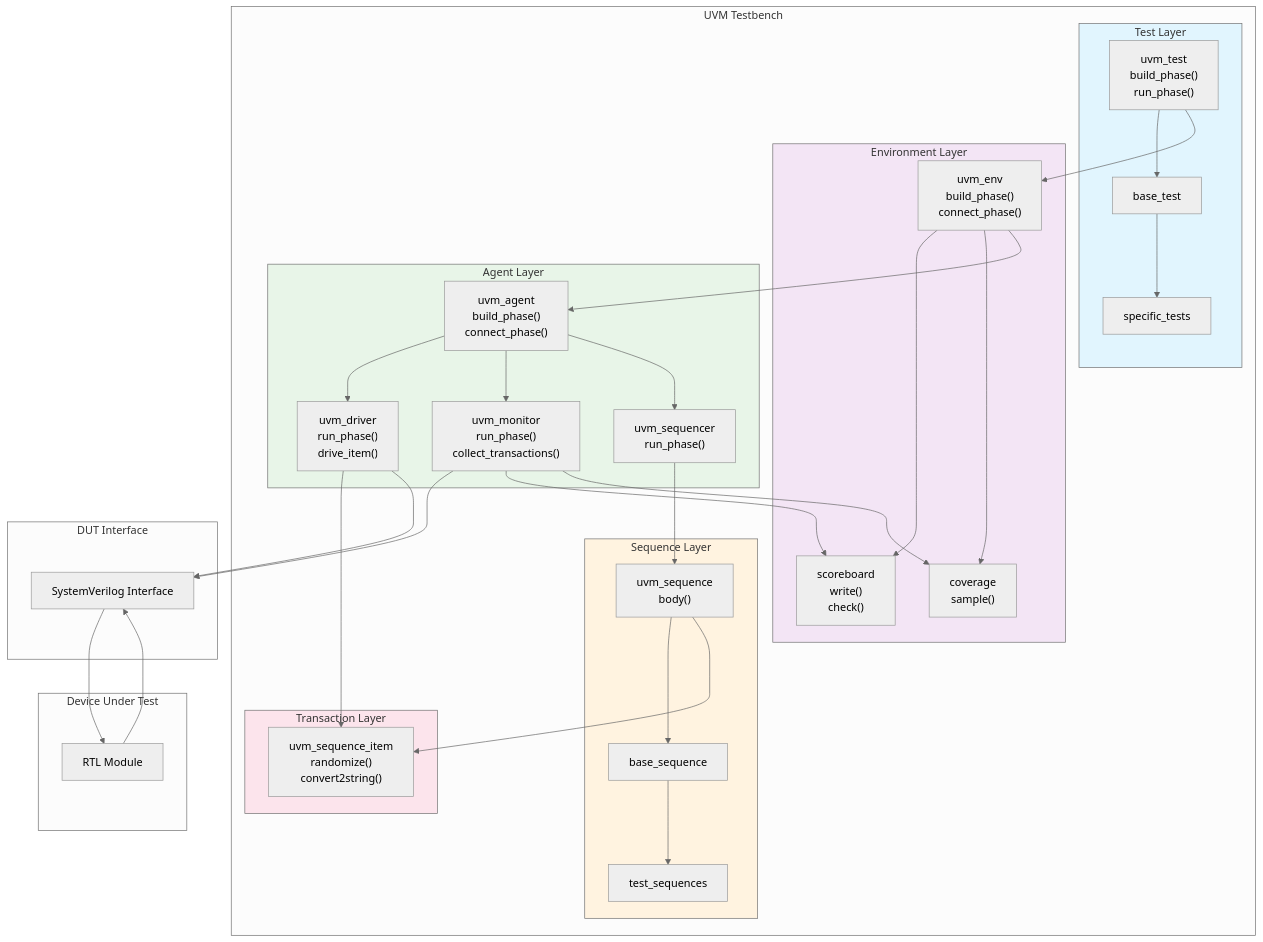
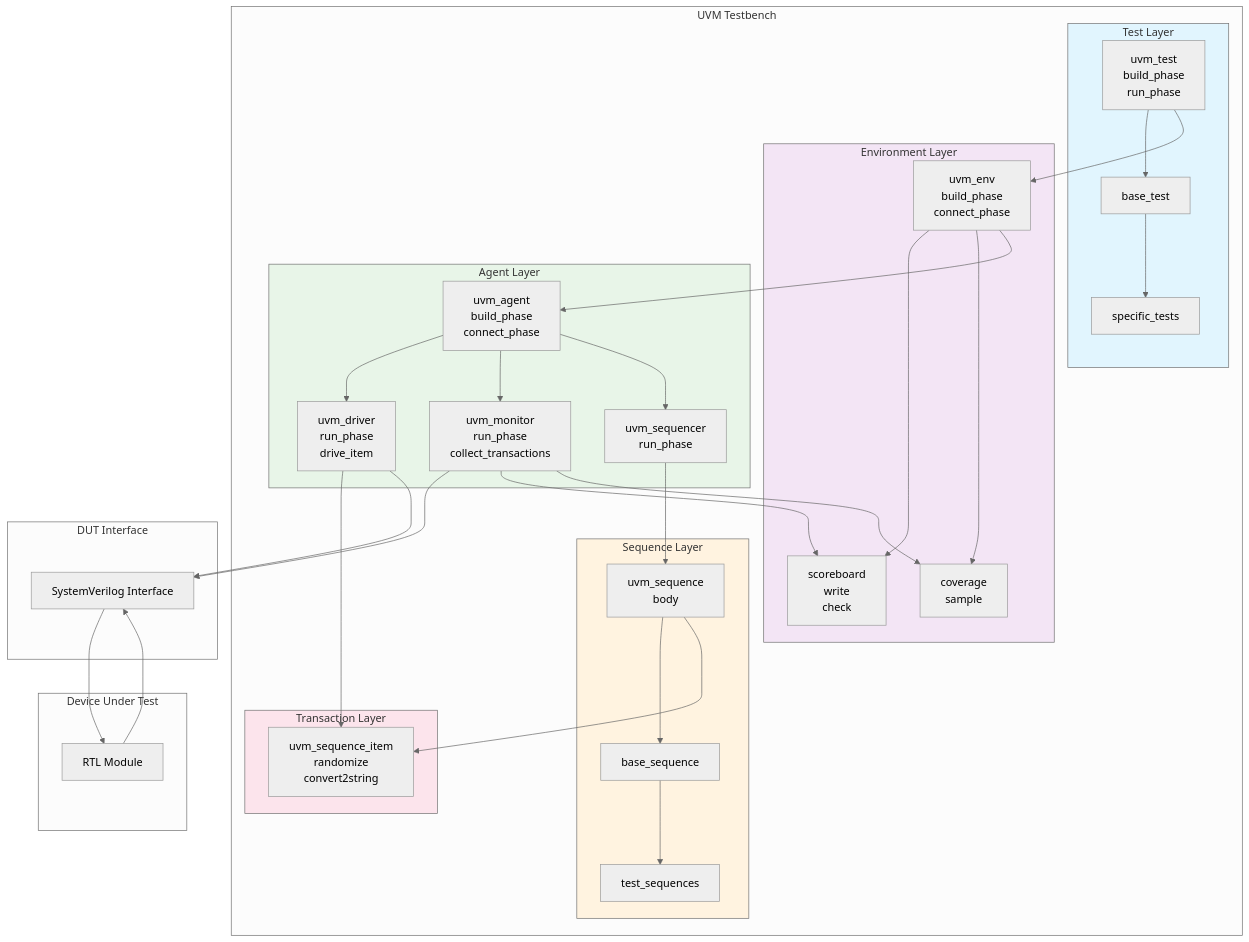
The fourth of 22 diagrams in docs/uvm_hands_on_guide_mermaid_en.md (MameMame777/UVMbasegen), drawn with Mermaid (neutral theme) before and after one commit. The commit also changed other lines of this file and 2 other files, not shown here.

Commit message:
Fix Mermaid syntax issues in UVM hands-on guides for improved clarity and compatibility

````diff
--- a/docs/uvm_hands_on_guide_mermaid_en.md
+++ b/docs/uvm_hands_on_guide_mermaid_en.md
@@ -98,68 +98,68 @@
 ```mermaid
 graph TB
     subgraph TB["UVM Testbench"]
         subgraph TestLayer["Test Layer"]
-            Test["uvm_test<br/>build_phase()<br/>run_phase()"]
+            Test["uvm_test<br/>build_phase<br/>run_phase"]
             BaseTest[base_test]
             SpecTests[specific_tests]
             Test --> BaseTest
             BaseTest --> SpecTests
         end
         
         subgraph EnvLayer["Environment Layer"]
-            Env["uvm_env<br/>build_phase()<br/>connect_phase()"]
-            SB["scoreboard<br/>write()<br/>check()"]
-            Cov["coverage<br/>sample()"]
+            Env["uvm_env<br/>build_phase<br/>connect_phase"]
+            SB["scoreboard<br/>write<br/>check"]
+            Cov["coverage<br/>sample"]
             Env --> SB
             Env --> Cov
         end
         
         subgraph AgentLayer["Agent Layer"]
-            Agent["uvm_agent<br/>build_phase()<br/>connect_phase()"]
-            Driver["uvm_driver<br/>run_phase()<br/>drive_item()"]
-            Monitor["uvm_monitor<br/>run_phase()<br/>collect_transactions()"]
-            Sequencer["uvm_sequencer<br/>run_phase()"]
+            Agent["uvm_agent<br/>build_phase<br/>connect_phase"]
+            Driver["uvm_driver<br/>run_phase<br/>drive_item"]
+            Monitor["uvm_monitor<br/>run_phase<br/>collect_transactions"]
+            Sequencer["uvm_sequencer<br/>run_phase"]
             Agent --> Driver
             Agent --> Monitor
             Agent --> Sequencer
         end
         
         subgraph SeqLayer["Sequence Layer"]
-            Sequence["uvm_sequence<br/>body()"]
+            Sequence["uvm_sequence<br/>body"]
             BaseSeq[base_sequence]
             TestSeqs[test_sequences]
             Sequence --> BaseSeq
             BaseSeq --> TestSeqs
         end
         
         subgraph TxnLayer["Transaction Layer"]
-            Txn["uvm_sequence_item<br/>randomize()<br/>convert2string()"]
+            Txn["uvm_sequence_item<br/>randomize<br/>convert2string"]
         end
     end
     
     subgraph DUTIf["DUT Interface"]
         SVIf[SystemVerilog Interface]
     end
     
     subgraph DUT["Device Under Test"]
         RTL[RTL Module]
     end
     
     Test --> Env
     Env --> Agent
     Sequencer --> Sequence
     Sequence --> Txn
     Driver --> Txn
     Driver --> SVIf
     SVIf --> RTL
     RTL --> SVIf
     Monitor --> SVIf
     Monitor --> SB
     Monitor --> Cov
     
     style TestLayer fill:#e1f5fe
     style EnvLayer fill:#f3e5f5
     style AgentLayer fill:#e8f5e8
     style SeqLayer fill:#fff3e0
     style TxnLayer fill:#fce4ec
 ```
````
